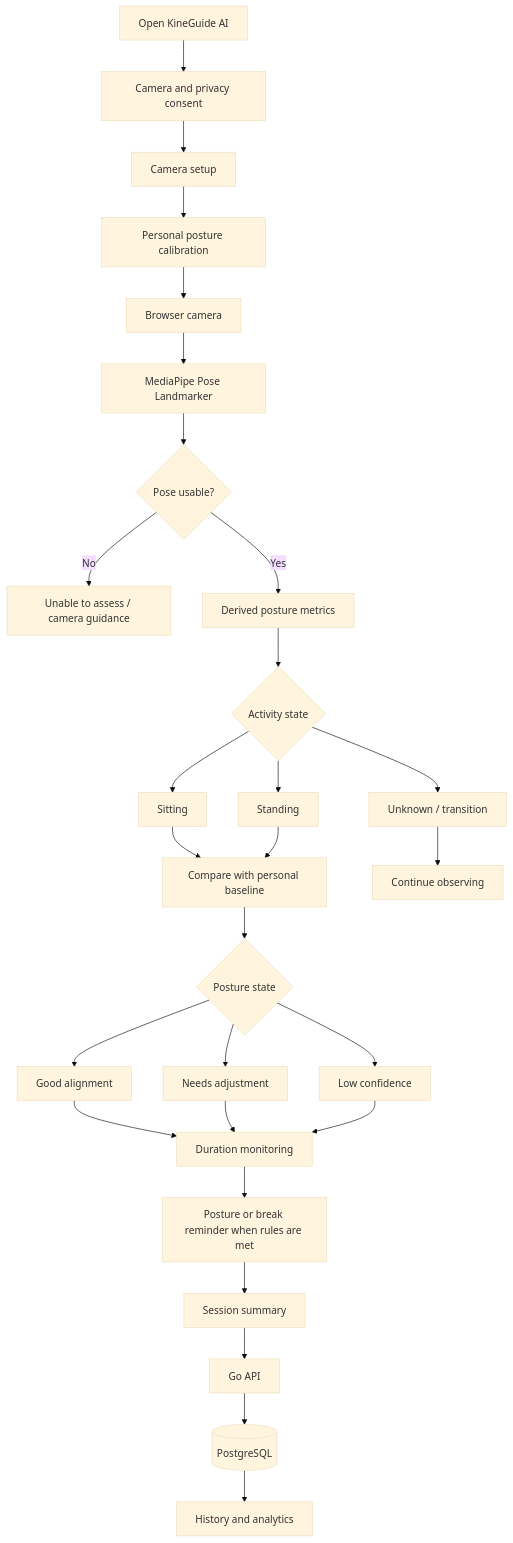
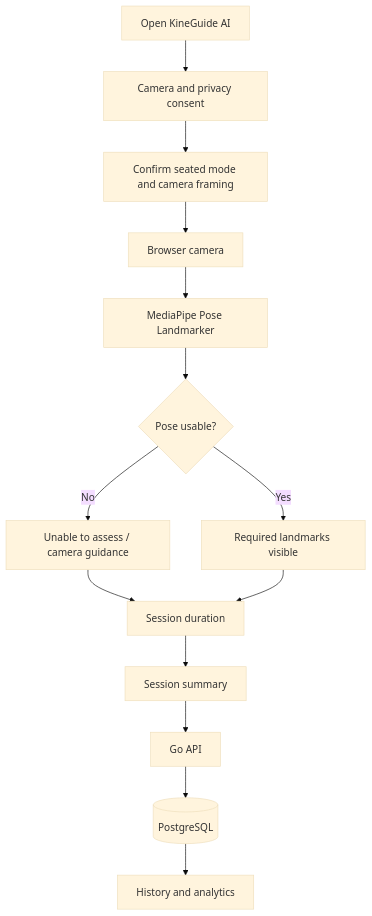
Before and after one commit to err0r4o4-dev/kineguide-ai: the first of 2 diagrams in README.md, drawn with Mermaid (base theme). The commit also changed other lines of this file and 10 other files, not shown here.

````diff
--- a/README.md
+++ b/README.md
@@ -44,30 +44,16 @@
 ```mermaid
 flowchart TD
     Start[Open KineGuide AI] --> Consent[Camera and privacy consent]
-    Consent --> Setup[Camera setup]
-    Setup --> Calibration[Personal posture calibration]
-    Calibration --> Camera[Browser camera]
+    Consent --> Setup[Confirm seated mode and camera framing]
+    Setup --> Camera[Browser camera]
     Camera --> Pose[MediaPipe Pose Landmarker]
     Pose --> Quality{Pose usable?}
     Quality -- No --> Unavailable[Unable to assess / camera guidance]
-    Quality -- Yes --> Metrics[Derived posture metrics]
-    Metrics --> Activity{Activity state}
-    Activity --> Sitting[Sitting]
-    Activity --> Standing[Standing]
-    Activity --> Unknown[Unknown / transition]
-    Sitting --> Compare[Compare with personal baseline]
-    Standing --> Compare
-    Unknown --> Observe[Continue observing]
-    Compare --> State{Posture state}
-    State --> Good[Good alignment]
-    State --> Adjust[Needs adjustment]
-    State --> Low[Low confidence]
-    Good --> Duration[Duration monitoring]
-    Adjust --> Duration
-    Low --> Duration
-    Duration --> Reminder[Posture or break reminder when rules are met]
-    Reminder --> Summary[Session summary]
+    Quality -- Yes --> Visible[Required landmarks visible]
+    Unavailable --> Duration[Session duration]
+    Visible --> Duration
+    Duration --> Summary[Session summary]
     Summary --> API[Go API]
     API --> DB[(PostgreSQL)]
     DB --> History[History and analytics]
 ```
````
